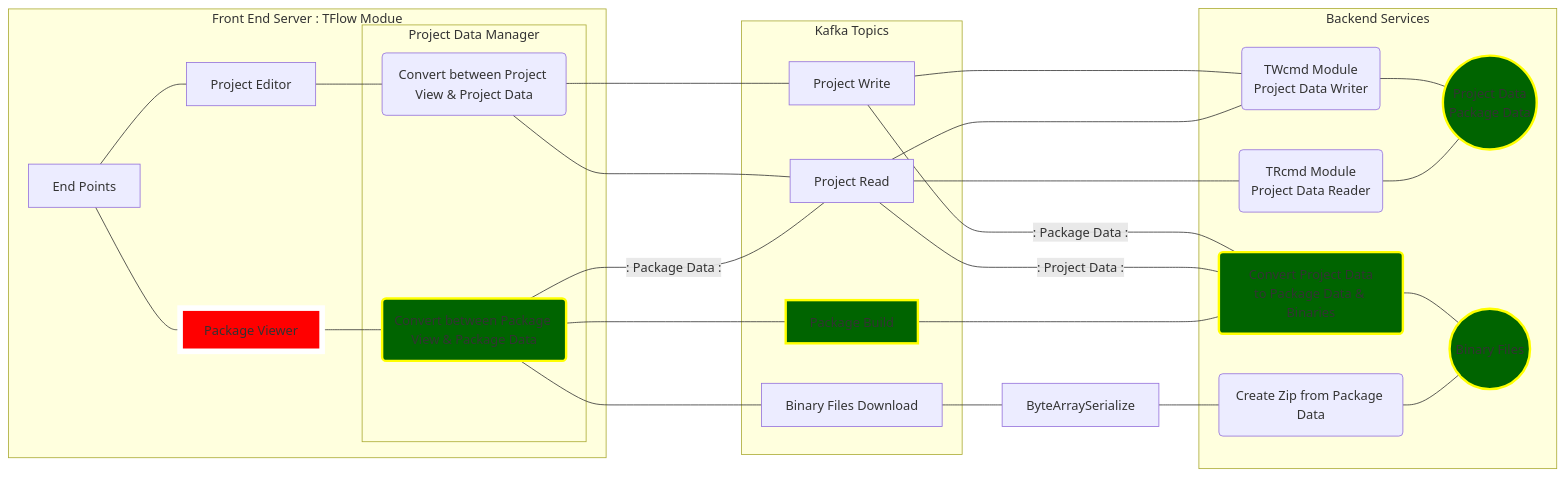
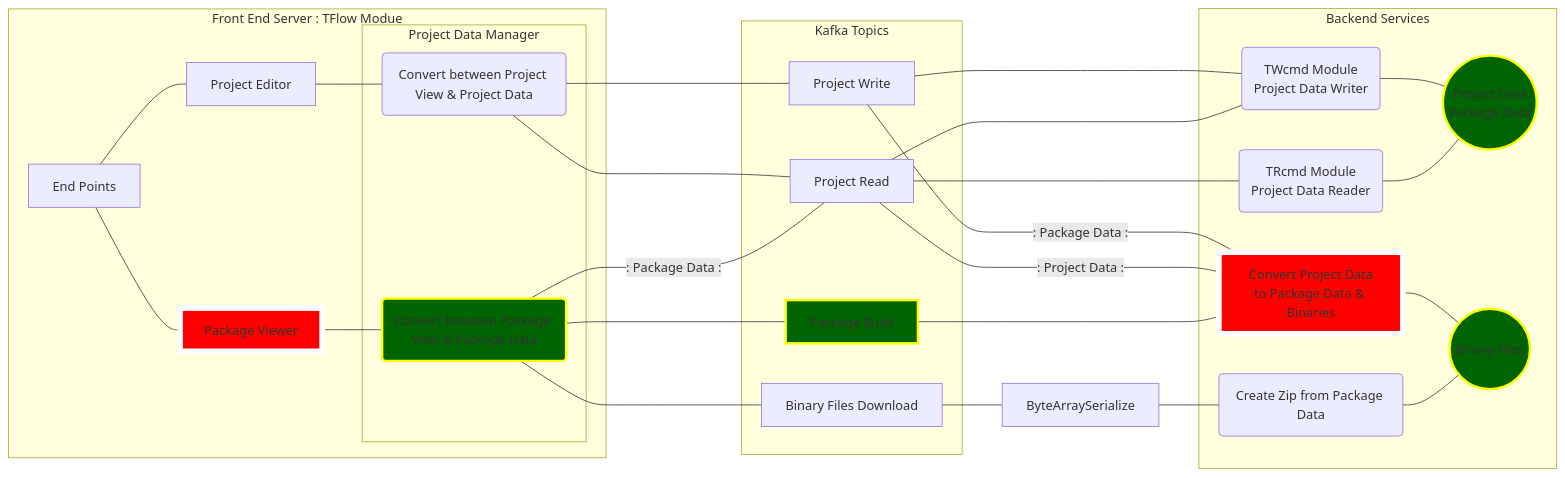
Before and after one commit to prazit/TableFlow: the second of 4 diagrams in documents/Infrastructure.md, drawn with Mermaid. The commit also changed 43 other files, not shown here.

Commit message:
Split out all view models access within ProjectDataManager, prepare to use ProjectDataManager in Build command.

````diff
--- a/documents/Infrastructure.md
+++ b/documents/Infrastructure.md
@@ -126,58 +126,58 @@
 ```mermaid
 graph LR;
 
 classDef active fill:darkgreen,stroke:yellow,stroke-width:3px;
 classDef ACTIVE fill:red,stroke:white,stroke-width:7px;
 
         subgraph Front End Server : TFlow Modue
         front[End Points]
         pfront[Project Editor]
         pkfront[Package Viewer]:::ACTIVE
             subgraph Project Data Manager
             create(Convert between Project View & Project Data)
             export(Convert between Package View & Package Data):::active
             end
         end
 
         subgraph Kafka Topics
         pjwrite[Project Write]
         pjread[Project Read]
         pkcreate[Package Build]:::active
         pkdownload[Binary Files Download]
         end
 
         subgraph Backend Services
         write(TWcmd Module<br/>Project Data Writer)
         read(TRcmd Module<br/>Project Data Reader)
-        pkcreator(Convert Project Data<br/>to Package Data & Binaries):::active
+        pkcreator(Convert Project Data<br/>to Package Data & Binaries):::ACTIVE
         pkreader(Create Zip from Package Data)
         nas((Project Data<br/>Package Data)):::active
         binary((Binary Files)):::active
         end
 
 front---pfront
 pfront---create;
 create---pjwrite;
 create---pjread;
 
 pjwrite---write;
 pjwrite--: Package Data :---pkcreator
 pjread---read;
 pjread--: Project Data :---pkcreator
 pjread---
 
 write---nas;
 read---nas;
 
 front---pkfront
 pkfront---export
 export---pkcreate
 export--: Package Data :---pjread
 export---pkdownload
 
 pkcreate---pkcreator
 pkdownload---ByteArraySerialize---pkreader
 
 pkcreator---binary
 pkreader---binary
 ```
````
